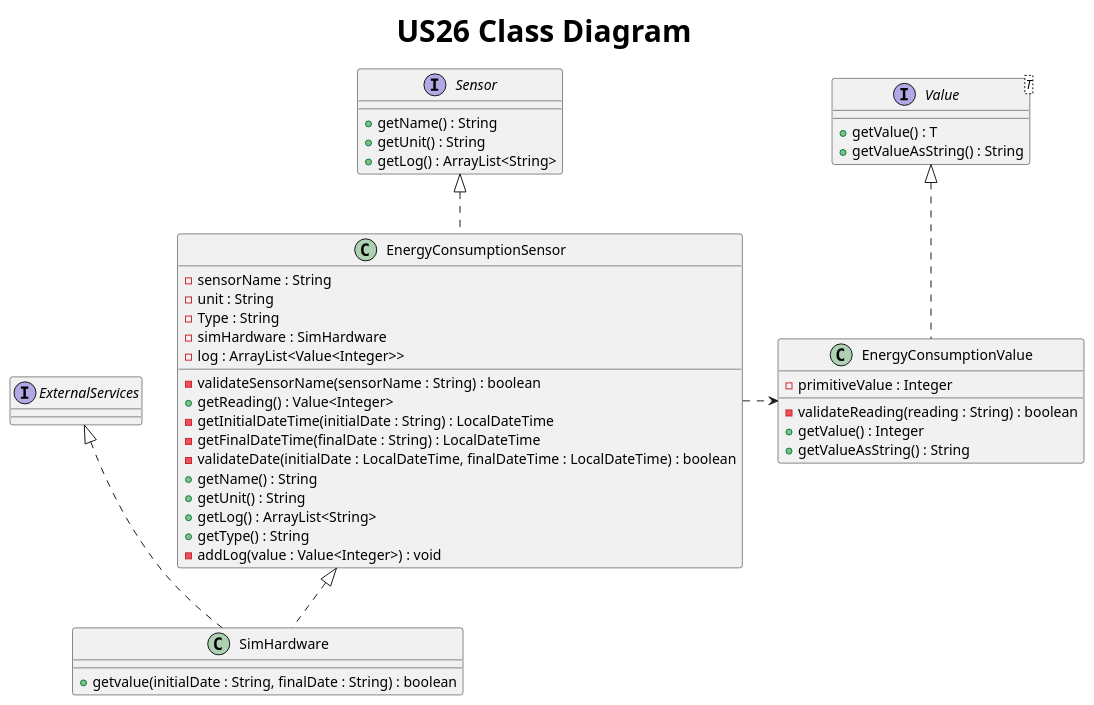
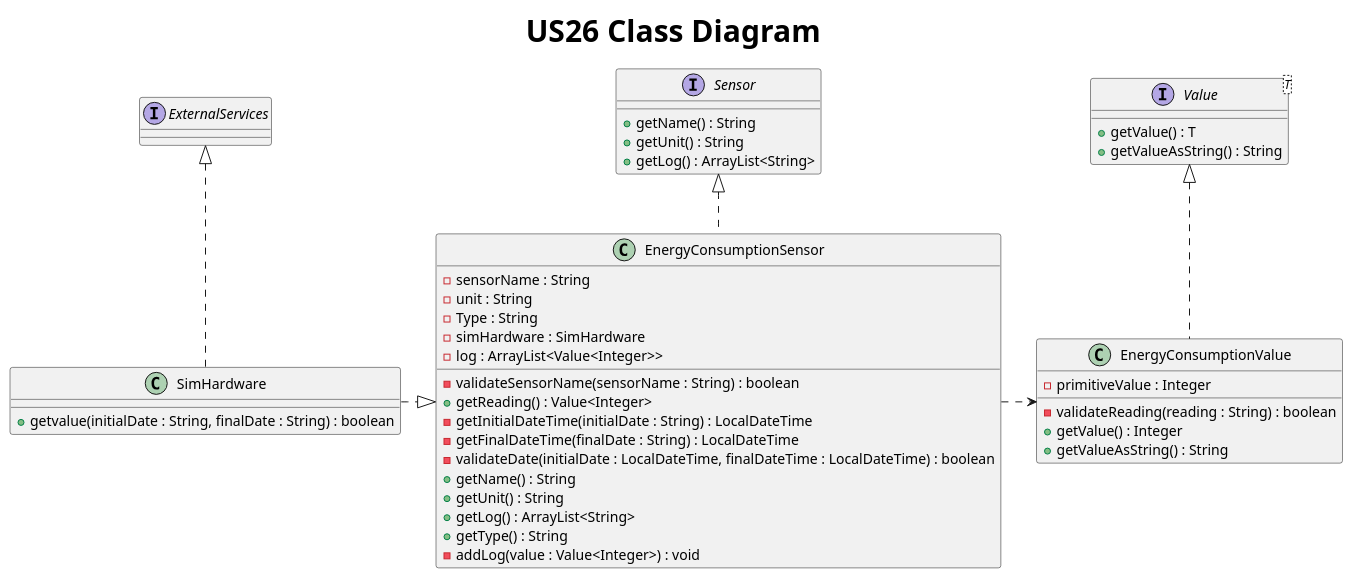
Before and after one commit to AfonsoNeves77/smartHouse: the diagram in Docs/US26/S3U26ClassDiagram.puml, drawn with PlantUML. The commit also changed 4 other files, not shown here.

Commit message:
Team Review: minor updates and corrections to USo1, 02, 03, 23, 26 Class Diagrams.

```diff
--- a/Docs/US26/S3U26ClassDiagram.puml
+++ b/Docs/US26/S3U26ClassDiagram.puml
@@ -1,57 +1,57 @@
 @startuml
 title <size: 30> US26 Class Diagram
-
+skinparam linetype ortho
 
 interface Sensor {
     + getName() : String
     + getUnit() : String
     + getLog() : ArrayList<String>
 }
 
 interface Value<T> {
     + getValue() : T
     + getValueAsString() : String
 }
 
 class SimHardware {
 + getvalue(initialDate : String, finalDate : String) : boolean
 }
 
 interface ExternalServices{}
 
 class EnergyConsumptionSensor{
     - sensorName : String
     - unit : String
     -Type : String
     - simHardware : SimHardware
     - log : ArrayList<Value<Integer>>
 
     -validateSensorName(sensorName : String) : boolean
     +getReading() : Value<Integer>
     -getInitialDateTime(initialDate : String) : LocalDateTime
     -getFinalDateTime(finalDate : String) : LocalDateTime
     -validateDate(initialDate : LocalDateTime, finalDateTime : LocalDateTime) : boolean
     +getName() : String
     +getUnit() : String
     +getLog() : ArrayList<String>
     +getType() : String
     -addLog(value : Value<Integer>) : void
 
 }
 
 class EnergyConsumptionValue {
     - primitiveValue : Integer
 
     - validateReading(reading : String) : boolean
     + getValue() : Integer
     + getValueAsString() : String
 }
 
 Value <|.. EnergyConsumptionValue
 Sensor <|.. EnergyConsumptionSensor
 ExternalServices <|.. SimHardware
-EnergyConsumptionSensor <|.. SimHardware
+EnergyConsumptionSensor <|.left. SimHardware
 EnergyConsumptionSensor .right.> EnergyConsumptionValue
 
 
 @enduml
```
